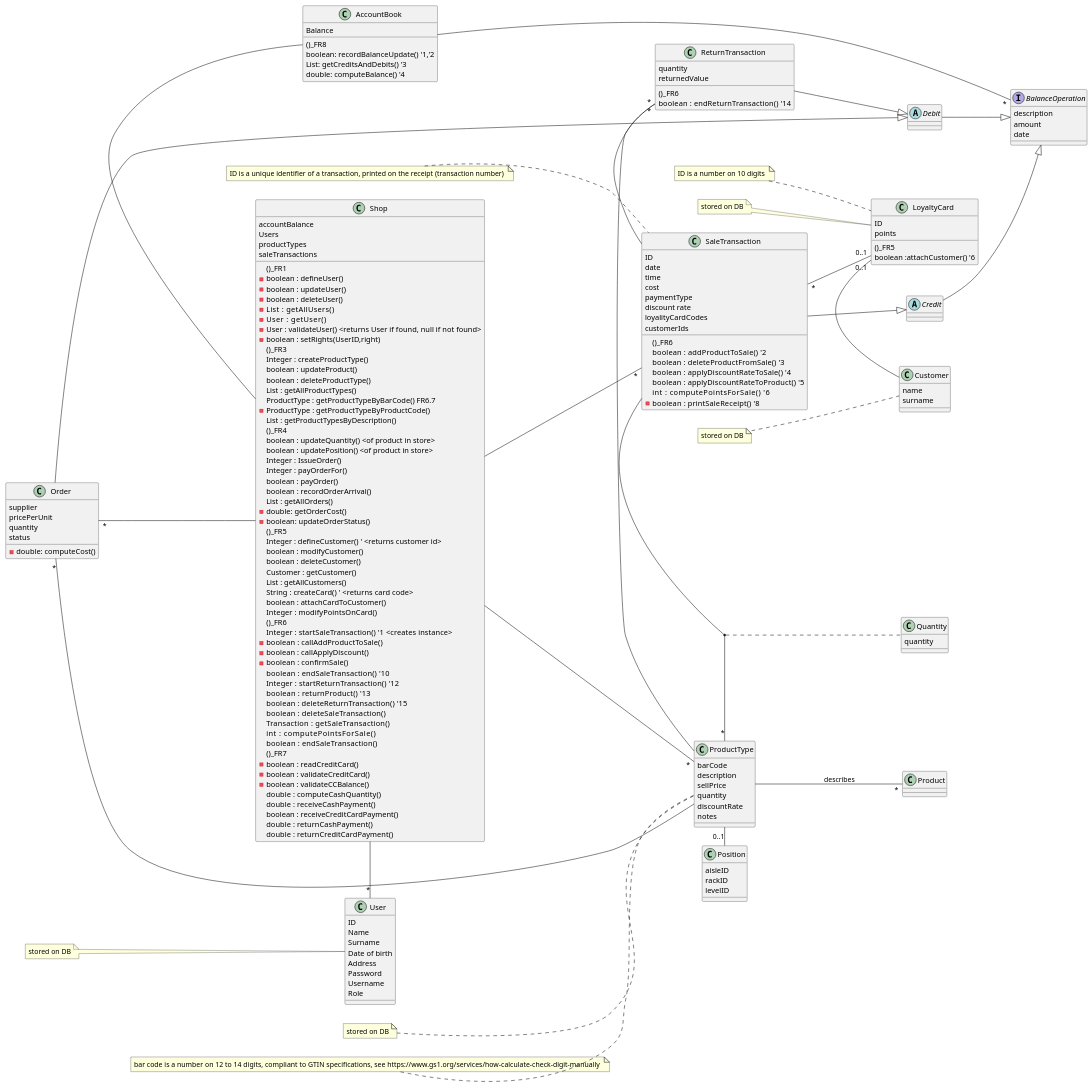
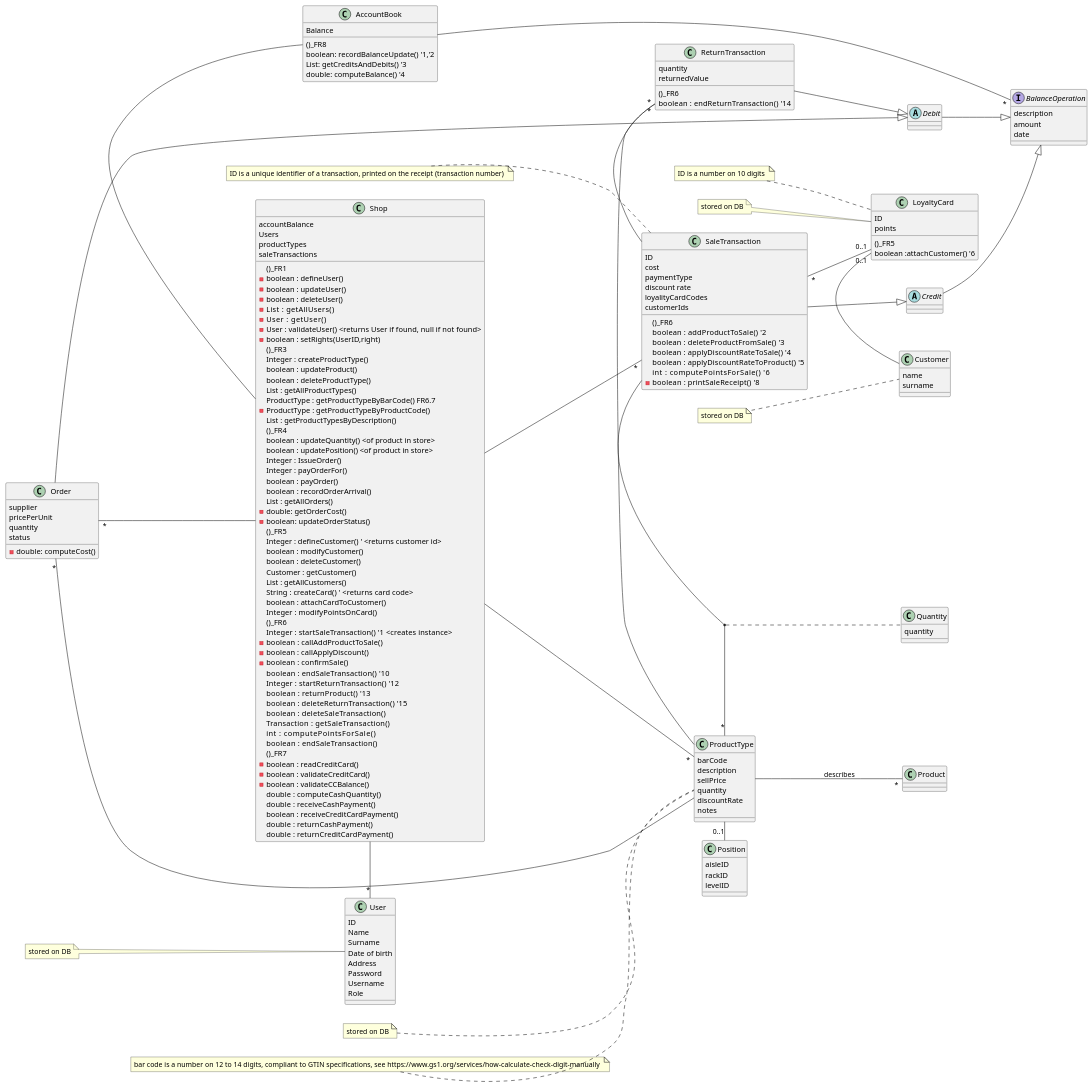
Before and after one commit to zitabou/EZShop: the second of 31 diagrams in Deliverables/DesignDocument.md, drawn with PlantUML.

Commit message:
remove date, time attributes from SaleTransaction

```diff
--- a/Deliverables/DesignDocument.md
+++ b/Deliverables/DesignDocument.md
@@ -168,8 +168,6 @@
 
 class SaleTransaction {
     ID 
-    date
-    time
     cost
     paymentType
     discount rate
```
